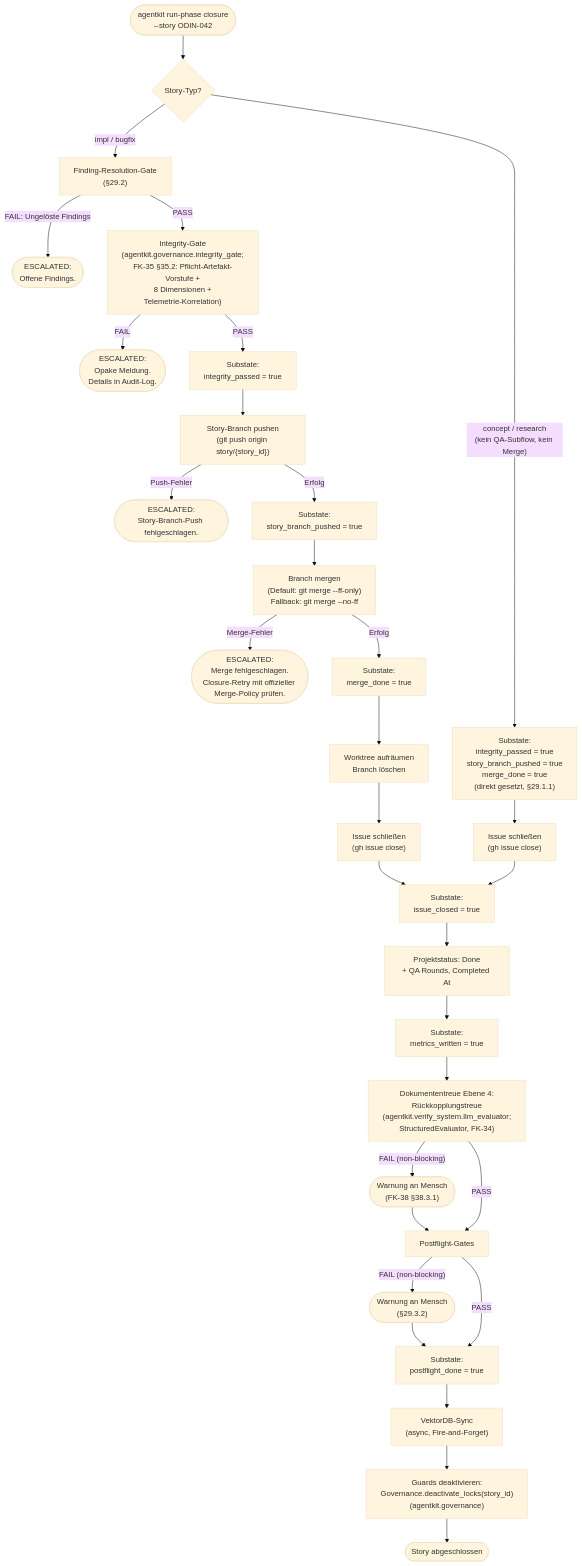
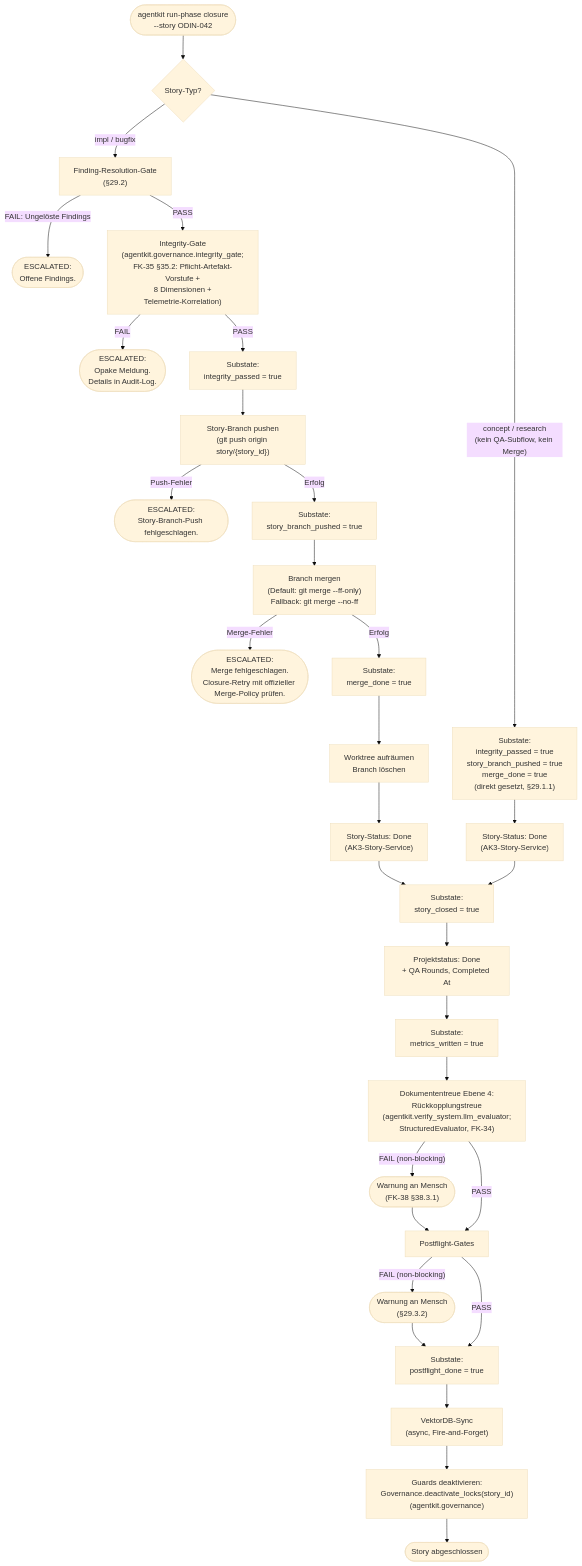
Before and after one commit to saltenhof/claude-agentkit3: the diagram in concept/technical-design/29_closure_sequence.md, drawn with Mermaid (base theme). The commit also changed other lines of this file and 32 other files, not shown here.

First line of the commit message:
Konzept-Cleanup: GitHub Issues und GraphQL komplett entfernen

````diff
--- a/concept/technical-design/29_closure_sequence.md
+++ b/concept/technical-design/29_closure_sequence.md
@@ -230,44 +230,44 @@
 ```mermaid
 flowchart TD
     START(["agentkit run-phase closure<br/>--story ODIN-042"]) --> STYPE{Story-Typ?}
 
     STYPE -->|"impl / bugfix"| FR
     STYPE -->|"concept / research<br/>(kein QA-Subflow, kein Merge)"| CR_SUB1["Substate:<br/>integrity_passed = true<br/>story_branch_pushed = true<br/>merge_done = true<br/>(direkt gesetzt, §29.1.1)"]
-    CR_SUB1 --> CLOSE_CR["Issue schließen<br/>(gh issue close)"]
+    CR_SUB1 --> CLOSE_CR["Story-Status: Done<br/>(AK3-Story-Service)"]
     CLOSE_CR --> SUB3
 
     FR["Finding-Resolution-Gate<br/>(§29.2)"]
     FR -->|"FAIL: Ungelöste Findings"| ESC_FR(["ESCALATED:<br/>Offene Findings."])
     FR -->|PASS| INTEGRITY
 
     INTEGRITY["Integrity-Gate<br/>(agentkit.governance.integrity_gate;<br/>FK-35 §35.2: Pflicht-Artefakt-Vorstufe +<br/>8 Dimensionen +<br/>Telemetrie-Korrelation)"]
     INTEGRITY -->|FAIL| ESC_I(["ESCALATED:<br/>Opake Meldung.<br/>Details in Audit-Log."])
     INTEGRITY -->|PASS| SUB1["Substate:<br/>integrity_passed = true"]
 
     SUB1 --> PUSH_SB["Story-Branch pushen<br/>(git push origin story/{story_id})"]
     PUSH_SB -->|Push-Fehler| ESC_P(["ESCALATED:<br/>Story-Branch-Push fehlgeschlagen."])
     PUSH_SB -->|Erfolg| SUB_PUSH["Substate:<br/>story_branch_pushed = true"]
 
     SUB_PUSH --> MERGE["Branch mergen<br/>(Default: git merge --ff-only)<br/>Fallback: git merge --no-ff"]
     MERGE -->|Merge-Fehler| ESC_M(["ESCALATED:<br/>Merge fehlgeschlagen.<br/>Closure-Retry mit offizieller Merge-Policy prüfen."])
     MERGE -->|Erfolg| SUB2["Substate:<br/>merge_done = true"]
 
     SUB2 --> TEARDOWN["Worktree aufräumen<br/>Branch löschen"]
-    TEARDOWN --> CLOSE["Issue schließen<br/>(gh issue close)"]
-    CLOSE --> SUB3["Substate:<br/>issue_closed = true"]
+    TEARDOWN --> CLOSE["Story-Status: Done<br/>(AK3-Story-Service)"]
+    CLOSE --> SUB3["Substate:<br/>story_closed = true"]
 
     SUB3 --> STATUS["Projektstatus: Done<br/>+ QA Rounds, Completed At"]
     STATUS --> SUB4["Substate:<br/>metrics_written = true"]
 
     SUB4 --> DOCTREUE4["Dokumententreue Ebene 4:<br/>Rückkopplungstreue<br/>(agentkit.verify_system.llm_evaluator;<br/>StructuredEvaluator, FK-34)"]
     DOCTREUE4 -->|"FAIL (non-blocking)"| WARN_DT(["Warnung an Mensch<br/>(FK-38 §38.3.1)"])
     DOCTREUE4 -->|"PASS"| POSTFLIGHT["Postflight-Gates"]
     WARN_DT --> POSTFLIGHT
     POSTFLIGHT -->|"FAIL (non-blocking)"| WARN_PF(["Warnung an Mensch<br/>(§29.3.2)"])
     POSTFLIGHT -->|"PASS"| SUB5["Substate:<br/>postflight_done = true"]
     WARN_PF --> SUB5
 
     SUB5 --> VDBSYNC["VektorDB-Sync<br/>(async, Fire-and-Forget)"]
     VDBSYNC --> GUARDS_OFF["Guards deaktivieren:<br/>Governance.deactivate_locks(story_id)<br/>(agentkit.governance)"]
     GUARDS_OFF --> DONE(["Story abgeschlossen"])
 ```
````
